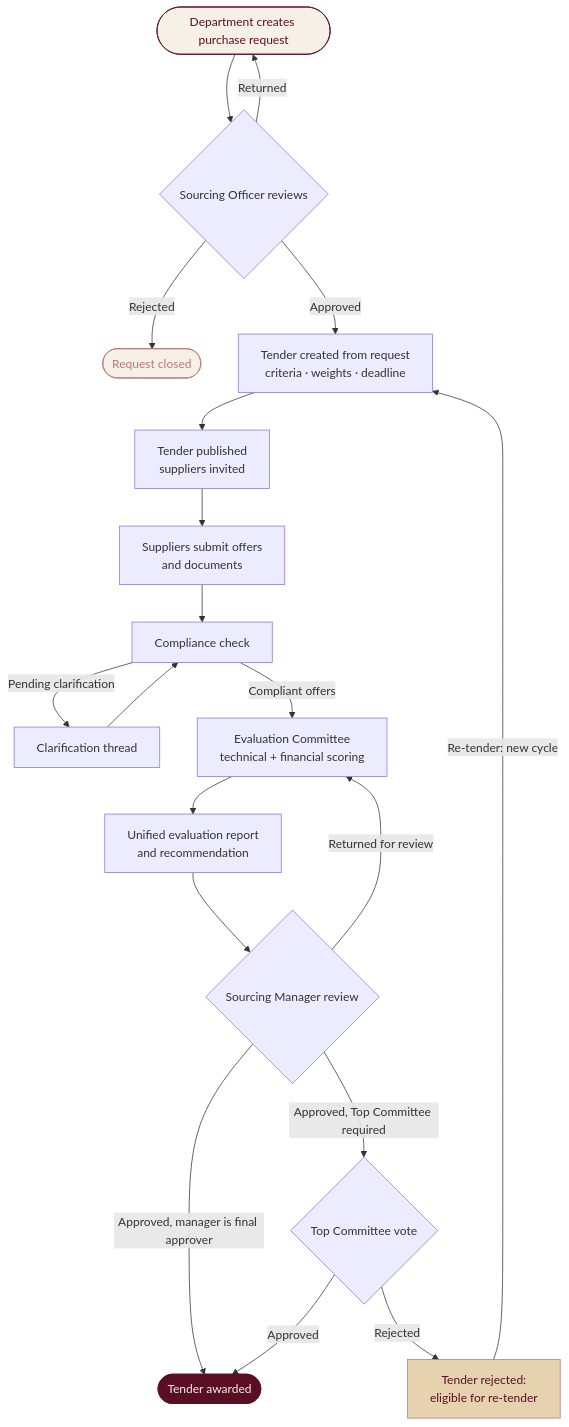
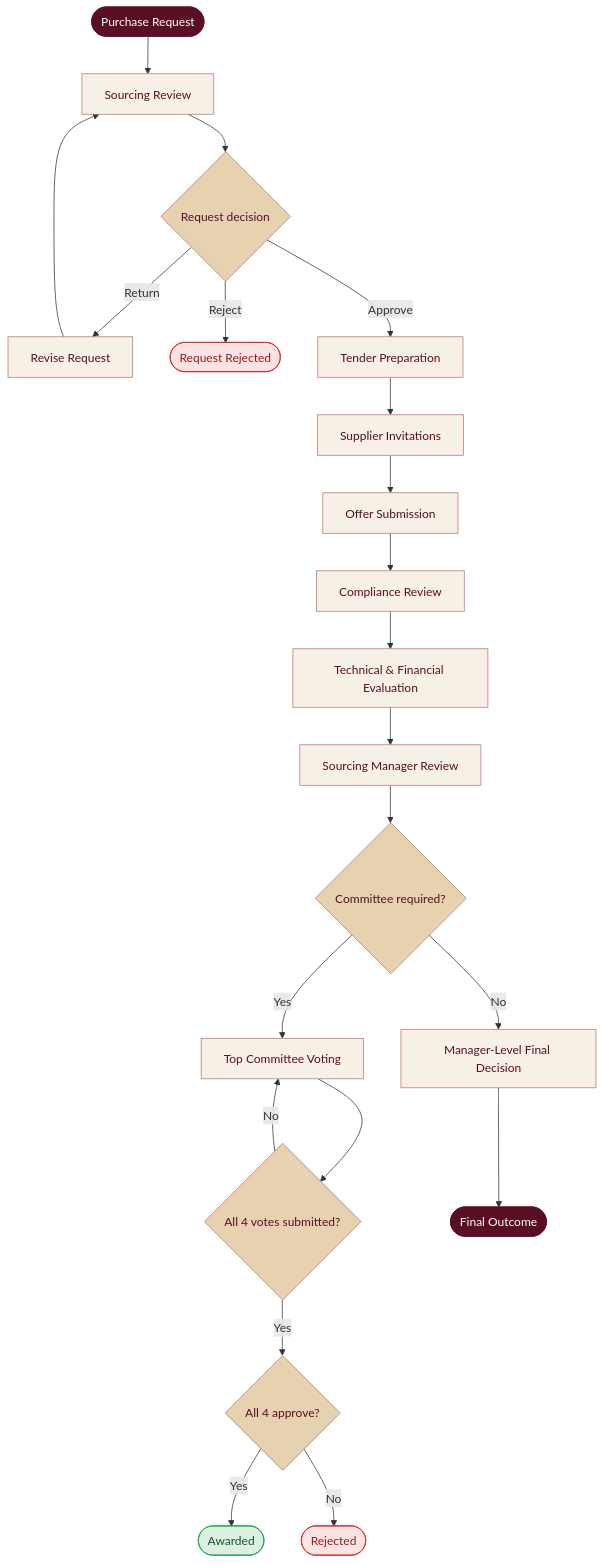
Before and after one commit to Supply-Tender-Team/Cosmetics-Management-System: the second of 5 diagrams in README.md, drawn with Mermaid. The commit also changed other lines of this file, not shown here.

````diff
--- a/README.md
+++ b/README.md
@@ -138,26 +84,34 @@
 ```mermaid
 flowchart TD
-    A([Department creates purchase request]):::start --> B{Sourcing Officer reviews}
-    B -- Returned --> A
-    B -- Rejected --> X([Request closed]):::stop
-    B -- Approved --> C[Tender created from request<br/>criteria · weights · deadline]
-    C --> D[Tender published<br/>suppliers invited]
-    D --> E[Suppliers submit offers<br/>and documents]
-    E --> F[Compliance check]
-    F -- Pending clarification --> G[Clarification thread]
-    G --> F
-    F -- Compliant offers --> H[Evaluation Committee<br/>technical + financial scoring]
-    H --> I[Unified evaluation report<br/>and recommendation]
-    I --> J{Sourcing Manager review}
-    J -- Returned for review --> H
-    J -- Approved, manager is final approver --> K([Tender awarded]):::done
-    J -- Approved, Top Committee required --> L{Top Committee vote}
-    L -- Approved --> K
-    L -- Rejected --> R[Tender rejected:<br/>eligible for re-tender]:::warn
-    R -- Re-tender: new cycle --> C
-
-    classDef start fill:#F6F0E6,stroke:#5A0E24,color:#5A0E24
-    classDef done fill:#5A0E24,stroke:#5A0E24,color:#F6F0E6
-    classDef warn fill:#E6D2AE,stroke:#B8777A,color:#5A0E24
-    classDef stop fill:#F6F0E6,stroke:#B8777A,color:#B8777A
+    A(["Purchase Request"]) --> B["Sourcing Review"]
+    B --> C{"Request decision"}
+    C -->|Return| D["Revise Request"]
+    D --> B
+    C -->|Reject| X(["Request Rejected"])
+    C -->|Approve| E["Tender Preparation"]
+    E --> F["Supplier Invitations"]
+    F --> G["Offer Submission"]
+    G --> H["Compliance Review"]
+    H --> I["Technical & Financial Evaluation"]
+    I --> J["Sourcing Manager Review"]
+    J --> K{"Committee required?"}
+    K -->|Yes| L["Top Committee Voting"]
+    L --> N{"All 4 votes submitted?"}
+    N -->|No| L
+    N -->|Yes| O{"All 4 approve?"}
+    O -->|Yes| P(["Awarded"])
+    O -->|No| Q(["Rejected"])
+    K -->|No| R["Manager-Level Final Decision"]
+    R --> S(["Final Outcome"])
+    classDef primary fill:#5A0E24,color:#fff,stroke:#5A0E24
+    classDef process fill:#F6F0E6,color:#5A0E24,stroke:#B8777A
+    classDef decision fill:#E6D2AE,color:#5A0E24,stroke:#B8777A
+    classDef success fill:#DDEFE2,color:#14532D,stroke:#16A34A
+    classDef danger fill:#FCE4E4,color:#991B1B,stroke:#DC2626
+    class A primary
+    class B,D,E,F,G,H,I,J,L,R process
+    class C,K,N,O decision
+    class P success
+    class X,Q danger
+    class S primary
 ```
````
